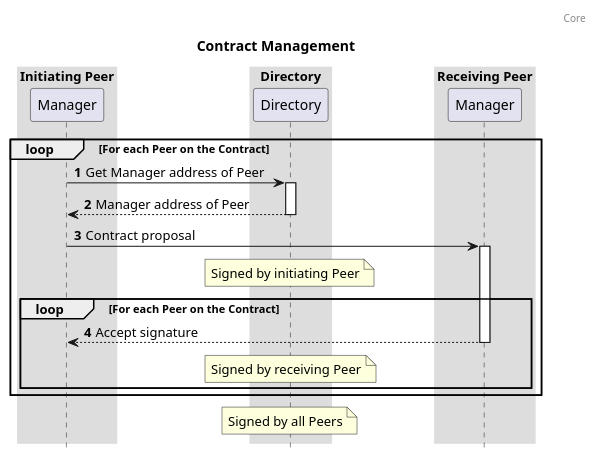
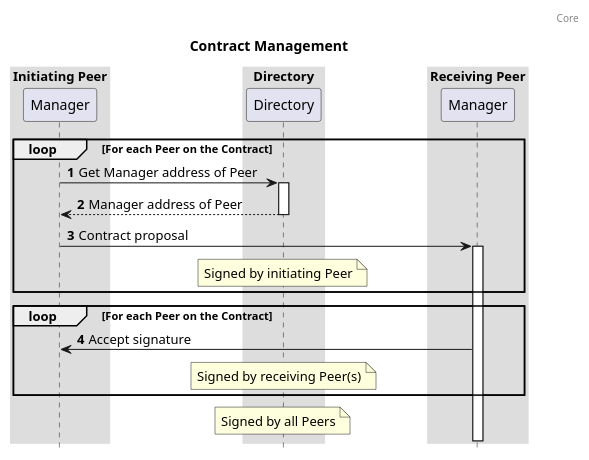
Before and after one commit to Logius-standaarden/fsc-core: the diagram in diagrams/seq-contract-management.puml, drawn with PlantUML.

Commit message:
core: make the contract management sequence diagram more readable

```diff
--- a/diagrams/seq-contract-management.puml
+++ b/diagrams/seq-contract-management.puml
@@ -1,33 +1,34 @@
 @startuml
 
 autonumber
 header: Core
 title: Contract Management
 
 box "Initiating Peer"
   participant "Manager" as m1
 end box
 box "Directory"
   participant "Directory" as directory
 end box
 box "Receiving Peer"
   participant "Manager" as m2
 end box
 
 loop For each Peer on the Contract
 m1 -> directory ++ : Get Manager address of Peer
 return Manager address of Peer
 m1 -> m2 ++ : Contract proposal
 note over directory: Signed by initiating Peer
+end loop
 
 loop For each Peer on the Contract
-return Accept signature
-note over directory: Signed by receiving Peer
+m2 -> m1: Accept signature
+note over directory: Signed by receiving Peer(s)
 end loop
-end loop
+
 note over directory: Signed by all Peers
 
 skinparam sequenceBoxBorderColor #transparent
 skinparam boxPadding 50
 hide footbox
 @enduml
```
